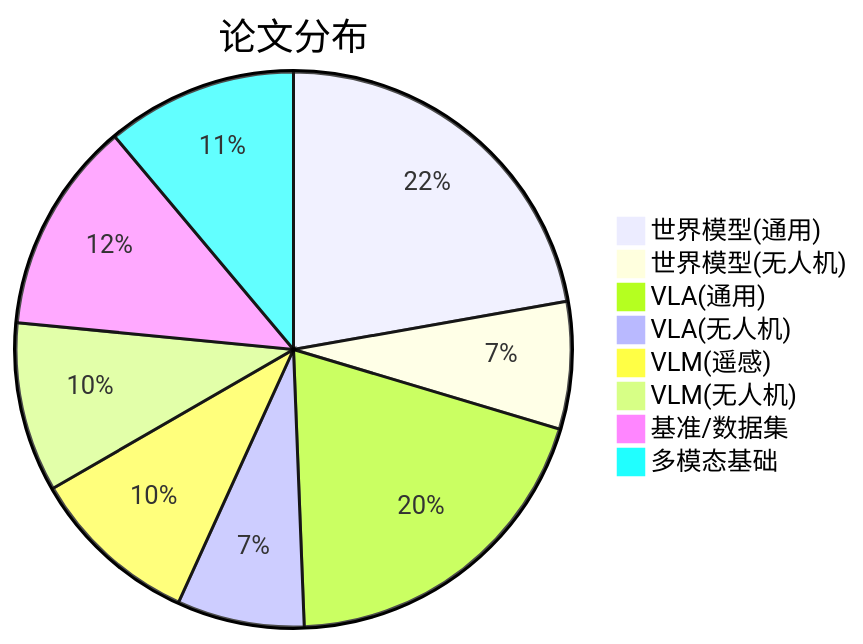
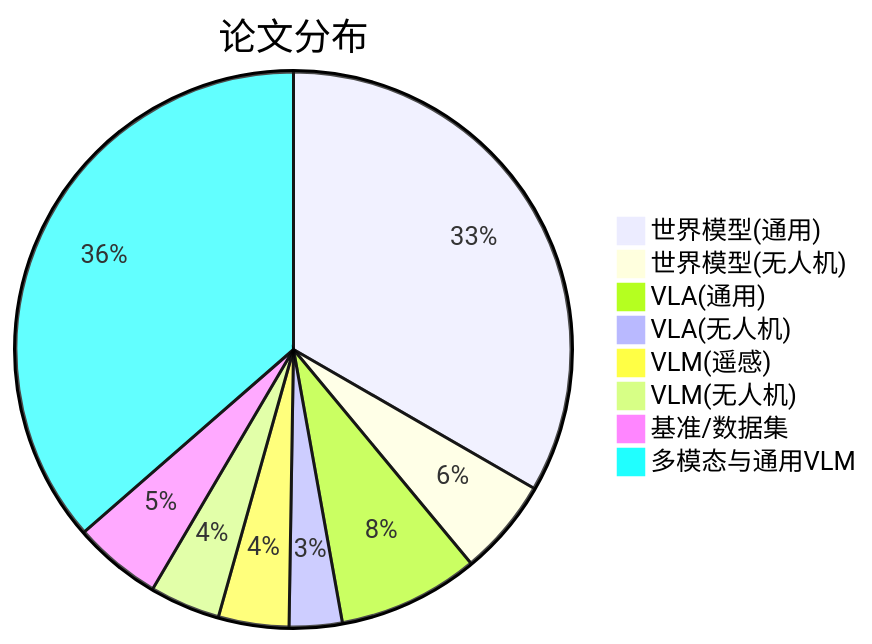
The diagram in references/paper-list.md (Qxy661/UAV-WM-VLA-Learning), drawn with Mermaid before and after one commit. The commit also changed other lines of this file and 53 other files, not shown here.

````diff
--- a/references/paper-list.md
+++ b/references/paper-list.md
@@ -193,11 +697,11 @@
 ```mermaid
 pie title 论文分布
-    "世界模型(通用)" : 18
-    "世界模型(无人机)" : 6
+    "世界模型(通用)" : 65
+    "世界模型(无人机)" : 11
     "VLA(通用)" : 16
     "VLA(无人机)" : 6
     "VLM(遥感)" : 8
     "VLM(无人机)" : 8
     "基准/数据集" : 10
-    "多模态基础" : 9
+    "多模态与通用VLM" : 71
 ```
````
